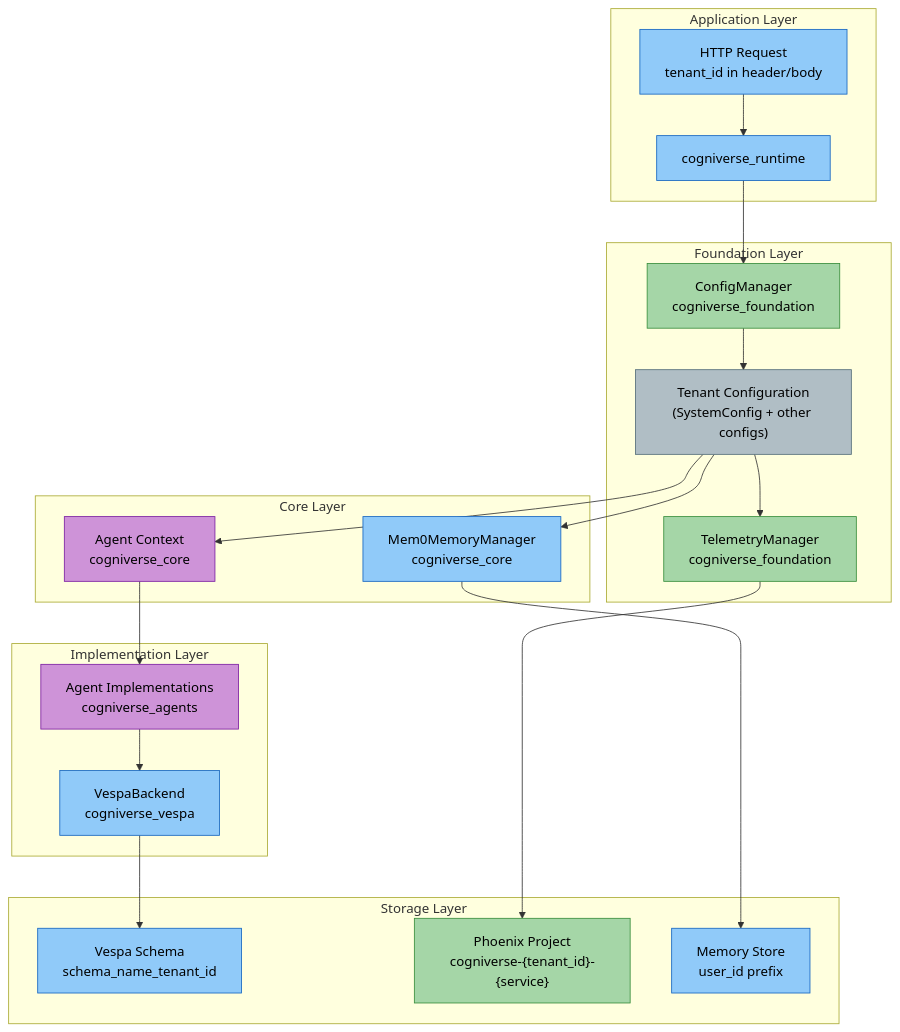
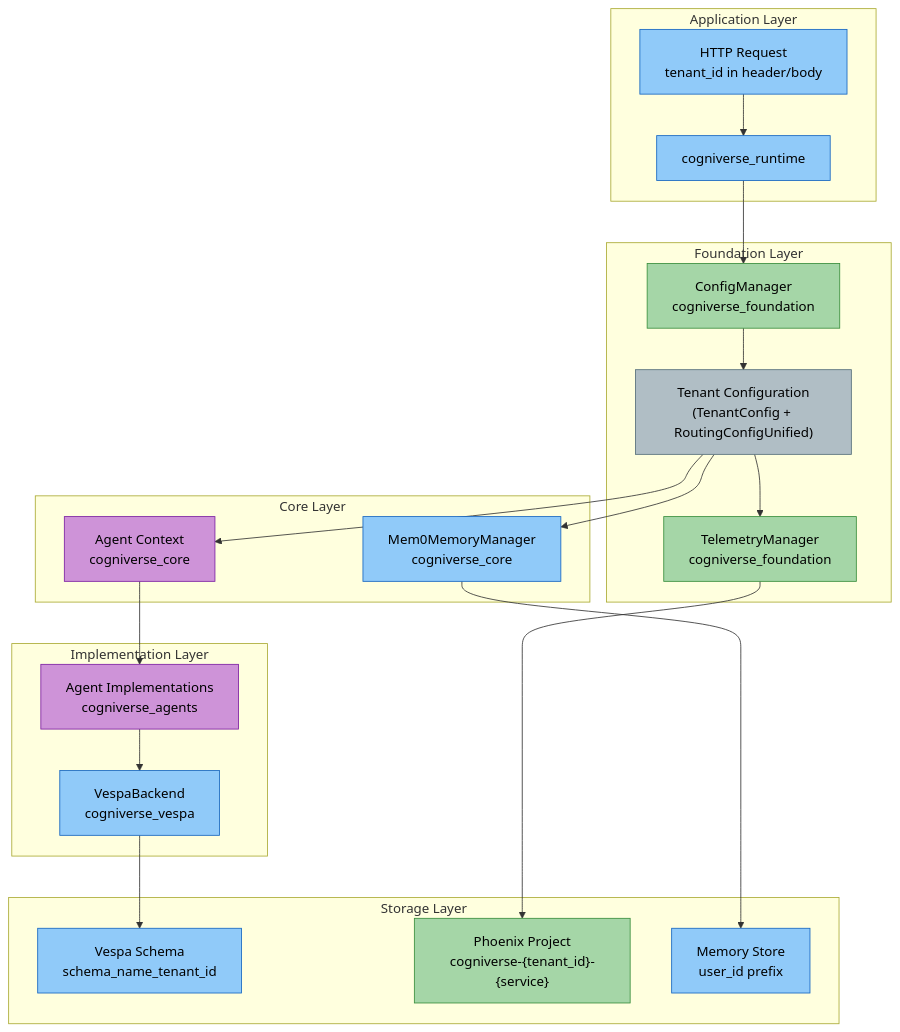
The second of 21 diagrams in docs/diagrams/multi-tenant-diagrams.md (amit-jain/cogniverse), drawn with Mermaid before and after one commit. The commit also changed other lines of this file and 21 other files, not shown here.

Commit message:
Correct config API, routing config, and tools docs to match code

````diff
--- a/docs/diagrams/multi-tenant-diagrams.md
+++ b/docs/diagrams/multi-tenant-diagrams.md
@@ -101,54 +101,54 @@
 ```mermaid
 flowchart TB
     subgraph "Application Layer"
         Request["<span style='color:#000'>HTTP Request<br/>tenant_id in header/body</span>"]
         Runtime["<span style='color:#000'>cogniverse_runtime</span>"]
     end
 
     subgraph "Foundation Layer"
         ConfigMgr["<span style='color:#000'>ConfigManager<br/>cogniverse_foundation</span>"]
-        TenantConfig["<span style='color:#000'>Tenant Configuration<br/>(SystemConfig + other configs)</span>"]
+        TenantConfig["<span style='color:#000'>Tenant Configuration<br/>(TenantConfig + RoutingConfigUnified)</span>"]
         TelemetryBase["<span style='color:#000'>TelemetryManager<br/>cogniverse_foundation</span>"]
     end
 
     subgraph "Core Layer"
         Agent["<span style='color:#000'>Agent Context<br/>cogniverse_core</span>"]
         Memory["<span style='color:#000'>Mem0MemoryManager<br/>cogniverse_core</span>"]
     end
 
     subgraph "Implementation Layer"
         VespaBackend["<span style='color:#000'>VespaBackend<br/>cogniverse_vespa</span>"]
         AgentImpl["<span style='color:#000'>Agent Implementations<br/>cogniverse_agents</span>"]
     end
 
     subgraph "Storage Layer"
         VespaSchema["<span style='color:#000'>Vespa Schema<br/>schema_name_tenant_id</span>"]
         PhoenixProject["<span style='color:#000'>Phoenix Project<br/>cogniverse-{tenant_id}-{service}</span>"]
         MemoryStore["<span style='color:#000'>Memory Store<br/>user_id prefix</span>"]
     end
 
     Request --> Runtime
     Runtime --> ConfigMgr
     ConfigMgr --> TenantConfig
     TenantConfig --> Agent
     TenantConfig --> TelemetryBase
     TenantConfig --> Memory
     Agent --> AgentImpl
     AgentImpl --> VespaBackend
     VespaBackend --> VespaSchema
     TelemetryBase --> PhoenixProject
     Memory --> MemoryStore
 
     style Request fill:#90caf9,stroke:#1565c0,color:#000
     style Runtime fill:#90caf9,stroke:#1565c0,color:#000
     style ConfigMgr fill:#a5d6a7,stroke:#388e3c,color:#000
     style TenantConfig fill:#b0bec5,stroke:#546e7a,color:#000
     style TelemetryBase fill:#a5d6a7,stroke:#388e3c,color:#000
     style Agent fill:#ce93d8,stroke:#7b1fa2,color:#000
     style Memory fill:#90caf9,stroke:#1565c0,color:#000
     style VespaBackend fill:#90caf9,stroke:#1565c0,color:#000
     style AgentImpl fill:#ce93d8,stroke:#7b1fa2,color:#000
     style VespaSchema fill:#90caf9,stroke:#1565c0,color:#000
     style PhoenixProject fill:#a5d6a7,stroke:#388e3c,color:#000
     style MemoryStore fill:#90caf9,stroke:#1565c0,color:#000
 ```
````
